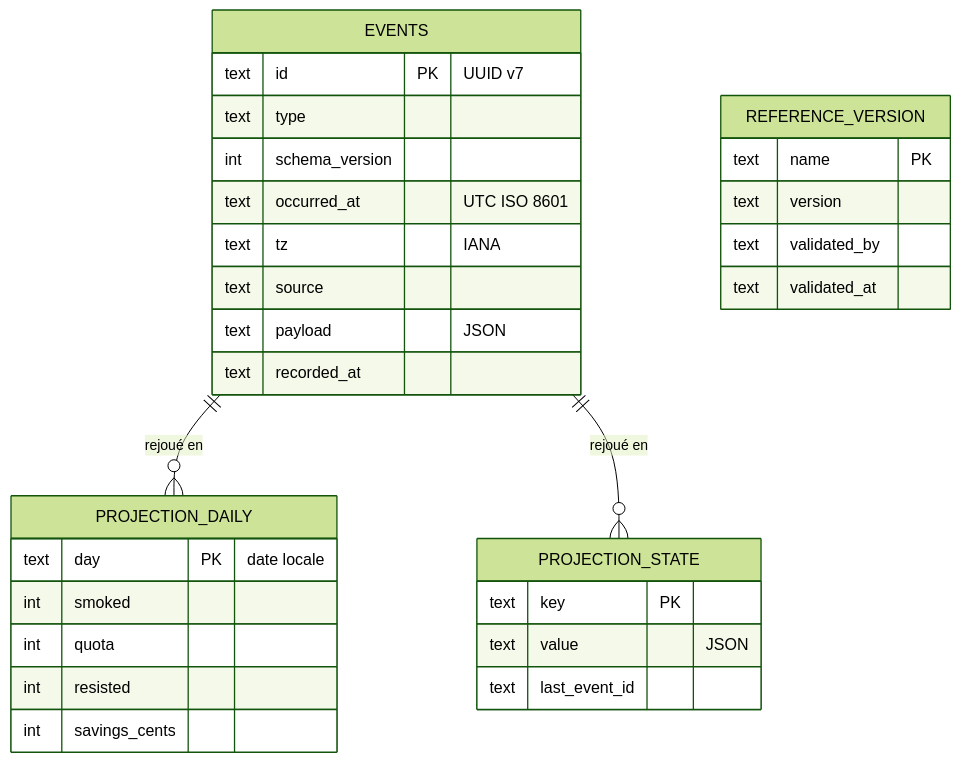
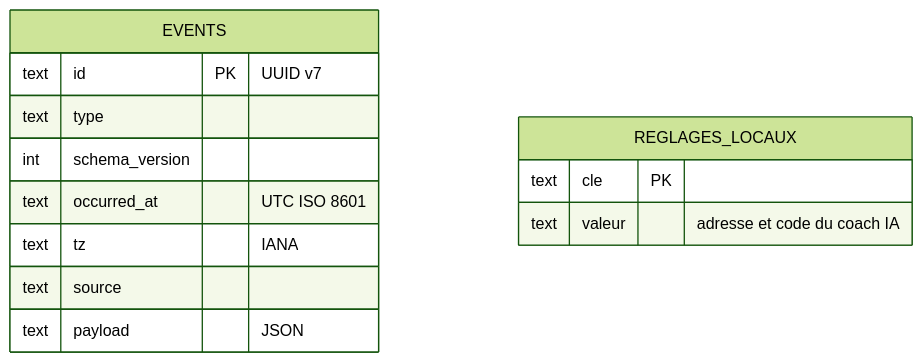
One commit to zdmooc/declic-quit-coach changed the fifth of 5 diagrams in docs/architecture/03-architecture-applicative.md. Above: the diagram before and after it, drawn with Mermaid (forest theme). The commit also changed other lines of this file and 11 other files, not shown here.

First line of the commit message:
docs(architecture): remise à niveau 01 à 07 sur le code, ADR-0005 et 0006, revue d'architecture (08)

````diff
--- a/docs/architecture/03-architecture-applicative.md
+++ b/docs/architecture/03-architecture-applicative.md
@@ -191,33 +236,16 @@
 ```mermaid
 erDiagram
   EVENTS {
     text id PK "UUID v7"
     text type
     int schema_version
     text occurred_at "UTC ISO 8601"
     text tz "IANA"
     text source
     text payload "JSON"
-    text recorded_at
   }
-  PROJECTION_DAILY {
-    text day PK "date locale"
-    int smoked
-    int quota
-    int resisted
-    int savings_cents
+  REGLAGES_LOCAUX {
+    text cle PK
+    text valeur "adresse et code du coach IA"
   }
-  PROJECTION_STATE {
-    text key PK
-    text value "JSON"
-    text last_event_id
-  }
-  REFERENCE_VERSION {
-    text name PK
-    text version
-    text validated_by
-    text validated_at
-  }
-  EVENTS ||--o{ PROJECTION_DAILY : "rejoué en"
-  EVENTS ||--o{ PROJECTION_STATE : "rejoué en"
 ```
````
